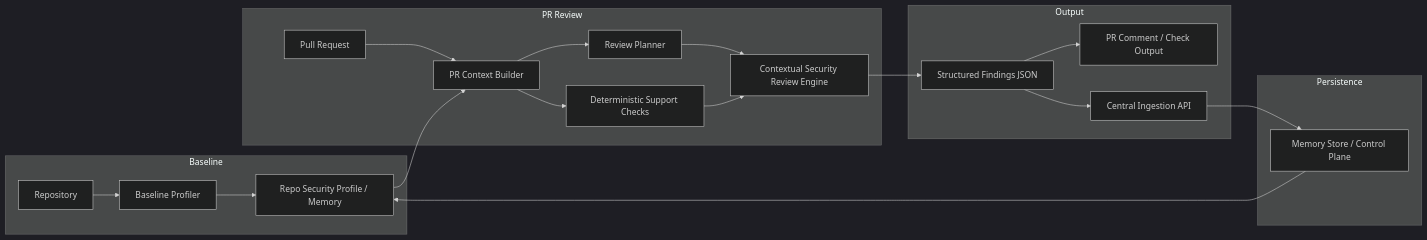
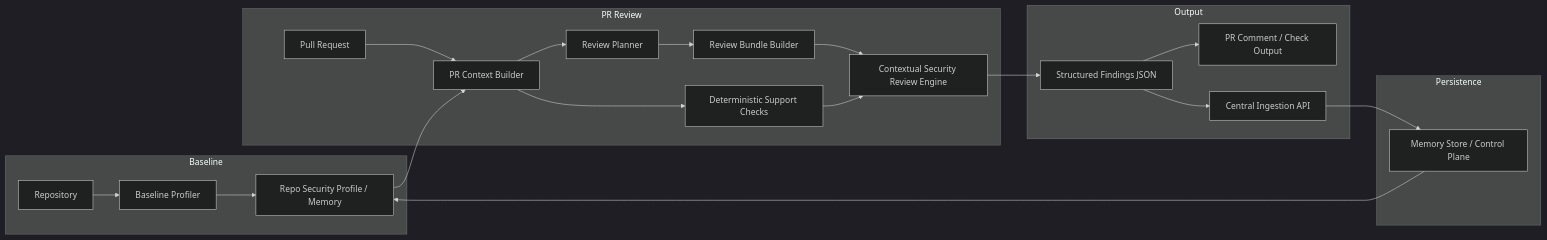
One commit to zdkano/parity-zero changed the diagram in .squad/context/architecture.md. Above: the diagram before and after it, drawn with Mermaid (dark theme). The commit also changed other lines of this file and 1 other file, not shown here.

First line of the commit message:
Add ADR-023 to decisions.md and update architecture.md for ReviewBundle

````diff
--- a/.squad/context/architecture.md
+++ b/.squad/context/architecture.md
@@ -234,27 +260,28 @@
 ```mermaid id="arch-v2"
 flowchart LR
     subgraph Baseline
         R[Repository] --> BP[Baseline Profiler]
         BP --> RSP[Repo Security Profile / Memory]
     end
 
     subgraph PR_Review[PR Review]
         PR[Pull Request] --> PCB[PR Context Builder]
         RSP --> PCB
         PCB --> RP[Review Planner]
-        RP --> CRE[Contextual Security Review Engine]
+        RP --> RBB[Review Bundle Builder]
+        RBB --> CRE[Contextual Security Review Engine]
         PCB --> DSC[Deterministic Support Checks]
         DSC --> CRE
     end
 
     subgraph Output
         CRE --> SFJ[Structured Findings JSON]
         SFJ --> PRO[PR Comment / Check Output]
         SFJ --> ING[Central Ingestion API]
     end
 
     subgraph Persistence
         ING --> MS[Memory Store / Control Plane]
         MS --> RSP
     end
 ```
````
